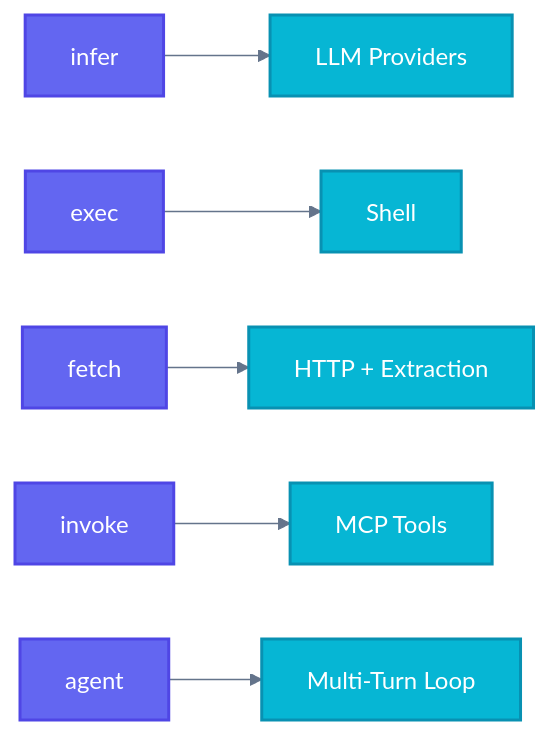
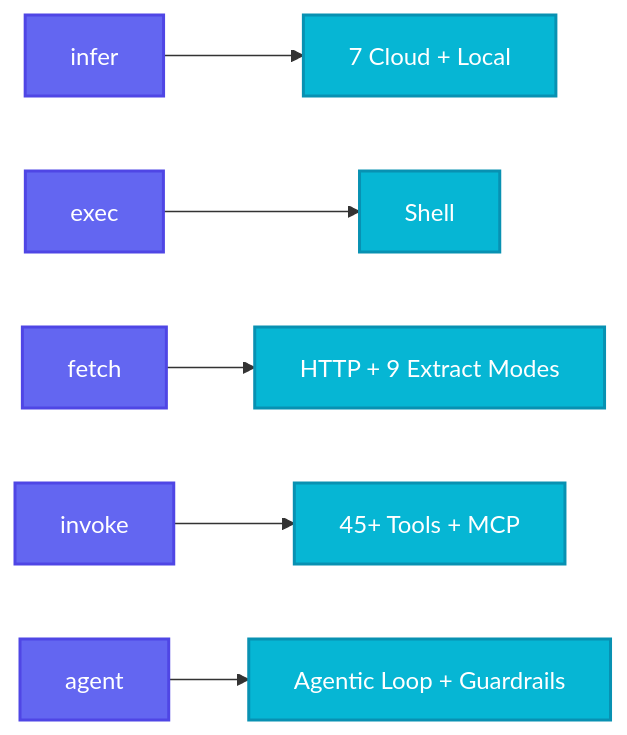
One commit to supernovae-st/nika changed the first of 2 diagrams in README.md. Above: the diagram before and after it, drawn with Mermaid. The commit also changed other lines of this file and 10 other files, not shown here.

````diff
--- a/README.md
+++ b/README.md
@@ -276,15 +113,11 @@
 ```mermaid
-%%{init: {'theme': 'base', 'themeVariables': {'lineColor': '#64748b'}}}%%
 flowchart LR
-    classDef verb fill:#6366f1,stroke:#4f46e5,stroke-width:2px,color:#ffffff
-    classDef target fill:#06b6d4,stroke:#0891b2,stroke-width:2px,color:#ffffff
+    classDef verb fill:#6366f1,stroke:#4f46e5,stroke-width:2px,color:#fff
+    classDef target fill:#06b6d4,stroke:#0891b2,stroke-width:2px,color:#fff
 
-    INFER[infer]:::verb --> LLM[LLM Providers]:::target
+    INFER[infer]:::verb --> LLM["7 Cloud + Local"]:::target
     EXEC[exec]:::verb --> SHELL[Shell]:::target
-    FETCH[fetch]:::verb --> HTTP[HTTP + Extraction]:::target
-    INVOKE[invoke]:::verb --> MCP[MCP Tools]:::target
-    AGENT[agent]:::verb --> LOOP[Multi-Turn Loop]:::target
-
-    accTitle: The 5 Nika Verbs
-    accDescr: Each verb targets a different execution backend
+    FETCH[fetch]:::verb --> HTTP["HTTP + 9 Extract Modes"]:::target
+    INVOKE[invoke]:::verb --> TOOLS["45+ Tools + MCP"]:::target
+    AGENT[agent]:::verb --> LOOP["Agentic Loop + Guardrails"]:::target
 ```
````
